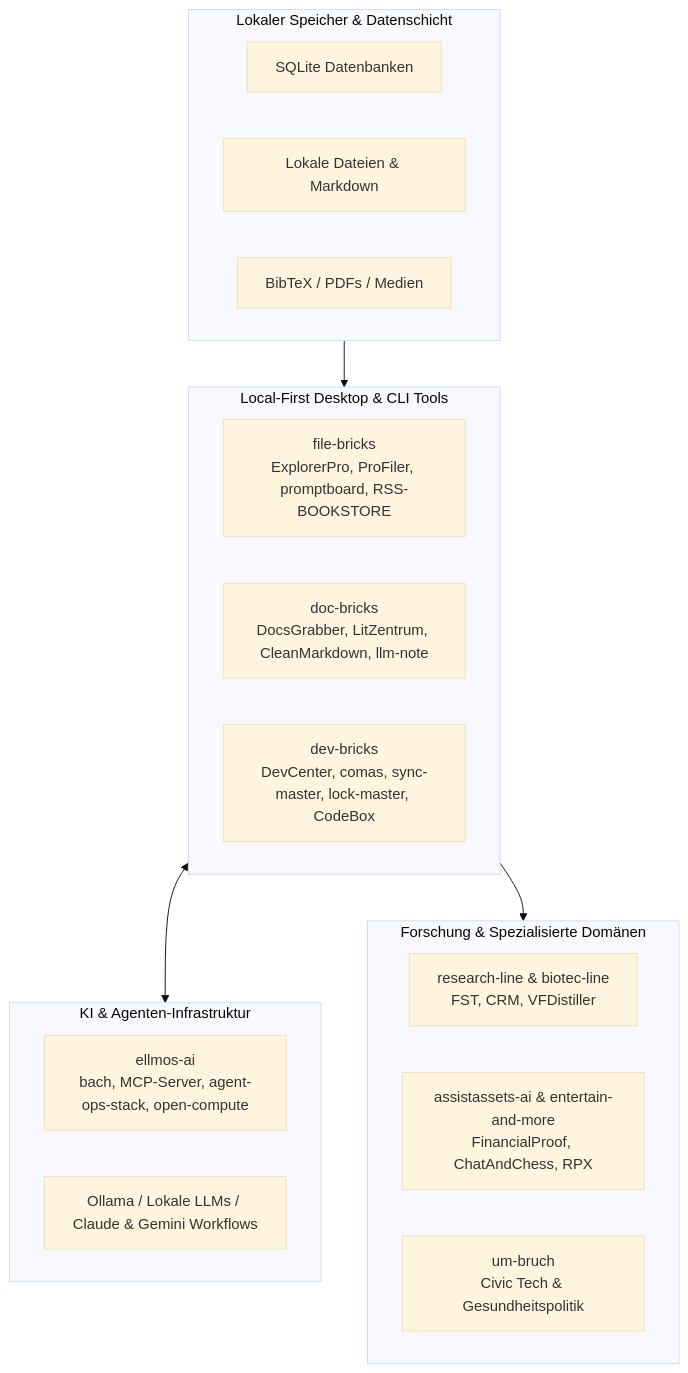
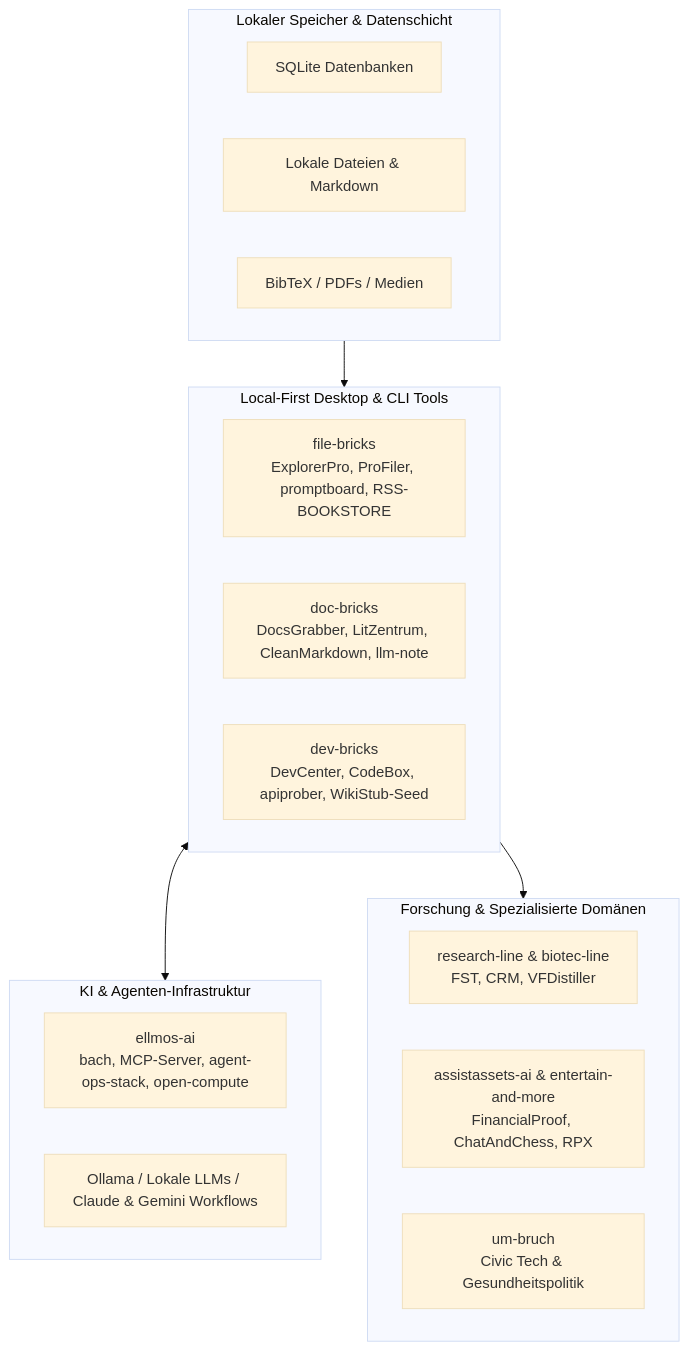
Before and after one commit to open-bricks/.github: the diagram in profile/README_de.md, drawn with Mermaid (base theme). The commit also changed other lines of this file and 4 other files, not shown here.

````diff
--- a/profile/README_de.md
+++ b/profile/README_de.md
@@ -58,29 +58,29 @@
 ```mermaid
 flowchart TD
     subgraph Storage [Lokaler Speicher & Datenschicht]
         A[SQLite Datenbanken]
         B[Lokale Dateien & Markdown]
         C[BibTeX / PDFs / Medien]
     end
 
     subgraph Applications [Local-First Desktop & CLI Tools]
         D[file-bricks<br/>ExplorerPro, ProFiler, promptboard, RSS-BOOKSTORE]
         E[doc-bricks<br/>DocsGrabber, LitZentrum, CleanMarkdown, llm-note]
-        F[dev-bricks<br/>DevCenter, comas, sync-master, lock-master, CodeBox]
+        F[dev-bricks<br/>DevCenter, CodeBox, apiprober, WikiStub-Seed]
     end
 
     subgraph Infrastructure [KI & Agenten-Infrastruktur]
         G[ellmos-ai<br/>bach, MCP-Server, agent-ops-stack, open-compute]
         H[Ollama / Lokale LLMs / Claude & Gemini Workflows]
     end
 
     subgraph Science [Forschung & Spezialisierte Domänen]
         I[research-line & biotec-line<br/>FST, CRM, VFDistiller]
         J[assistassets-ai & entertain-and-more<br/>FinancialProof, ChatAndChess, RPX]
         K[um-bruch<br/>Civic Tech & Gesundheitspolitik]
     end
 
     Storage --> Applications
     Applications <--> Infrastructure
     Applications --> Science
 ```
````
